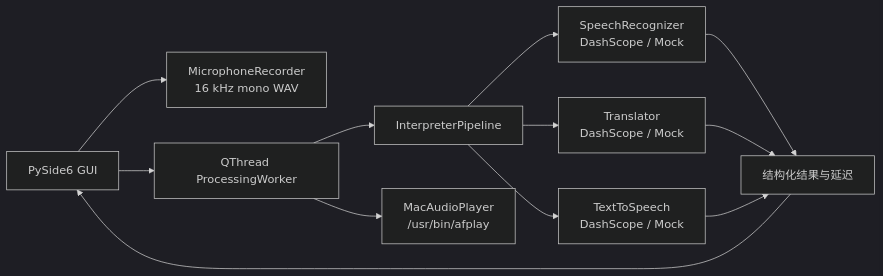
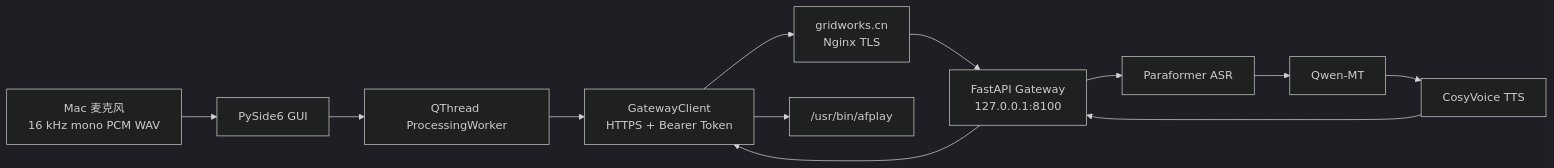
Before and after one commit to 27ruien/AI-Voice-Interpreter: the diagram in README.md, drawn with Mermaid (dark theme). The commit also changed other lines of this file and 38 other files, not shown here.

Commit message:
feat: add remote AI gateway architecture

````diff
--- a/README.md
+++ b/README.md
@@ -22,14 +17,14 @@
 ```mermaid
 flowchart LR
-    UI["PySide6 GUI"] --> REC["MicrophoneRecorder\n16 kHz mono WAV"]
-    UI --> WORKER["QThread ProcessingWorker"]
-    WORKER --> PIPE["InterpreterPipeline"]
-    PIPE --> ASR["SpeechRecognizer\nDashScope / Mock"]
-    PIPE --> MT["Translator\nDashScope / Mock"]
-    PIPE --> TTS["TextToSpeech\nDashScope / Mock"]
-    WORKER --> PLAYER["MacAudioPlayer\n/usr/bin/afplay"]
-    ASR --> RESULT["结构化结果与延迟"]
-    MT --> RESULT
-    TTS --> RESULT
-    RESULT --> UI
+    MIC["Mac 麦克风\n16 kHz mono PCM WAV"] --> GUI["PySide6 GUI"]
+    GUI --> WORKER["QThread ProcessingWorker"]
+    WORKER --> CLIENT["GatewayClient\nHTTPS + Bearer Token"]
+    CLIENT --> NGINX["gridworks.cn\nNginx TLS"]
+    NGINX --> API["FastAPI Gateway\n127.0.0.1:8100"]
+    API --> ASR["Paraformer ASR"]
+    ASR --> MT["Qwen-MT"]
+    MT --> TTS["CosyVoice TTS"]
+    TTS --> API
+    API --> CLIENT
+    CLIENT --> PLAYER["/usr/bin/afplay"]
 ```
````
